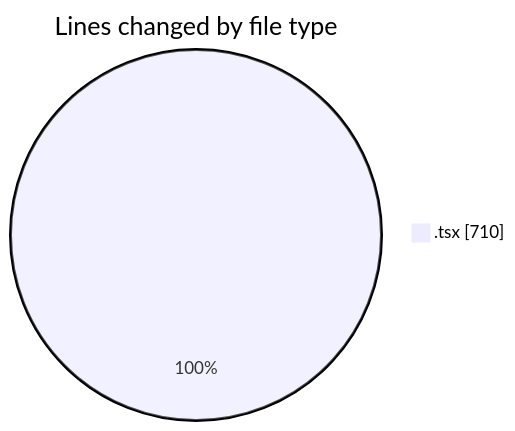
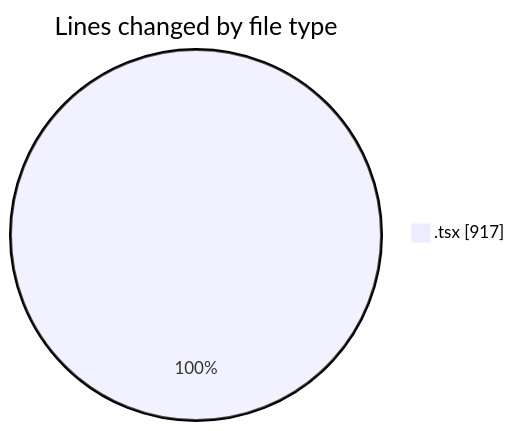
The first of 2 diagrams in 2026-10-19/cda/README.md (momahboobian/code-tracking), drawn with Mermaid before and after one commit. The commit also changed other lines of this file and 1 other file, not shown here.

````diff
--- a/2026-10-19/cda/README.md
+++ b/2026-10-19/cda/README.md
@@ -20,5 +20,5 @@
 ```mermaid
 pie showData
 title Lines changed by file type
-".tsx" : 710
+".tsx" : 917
 ```
````
